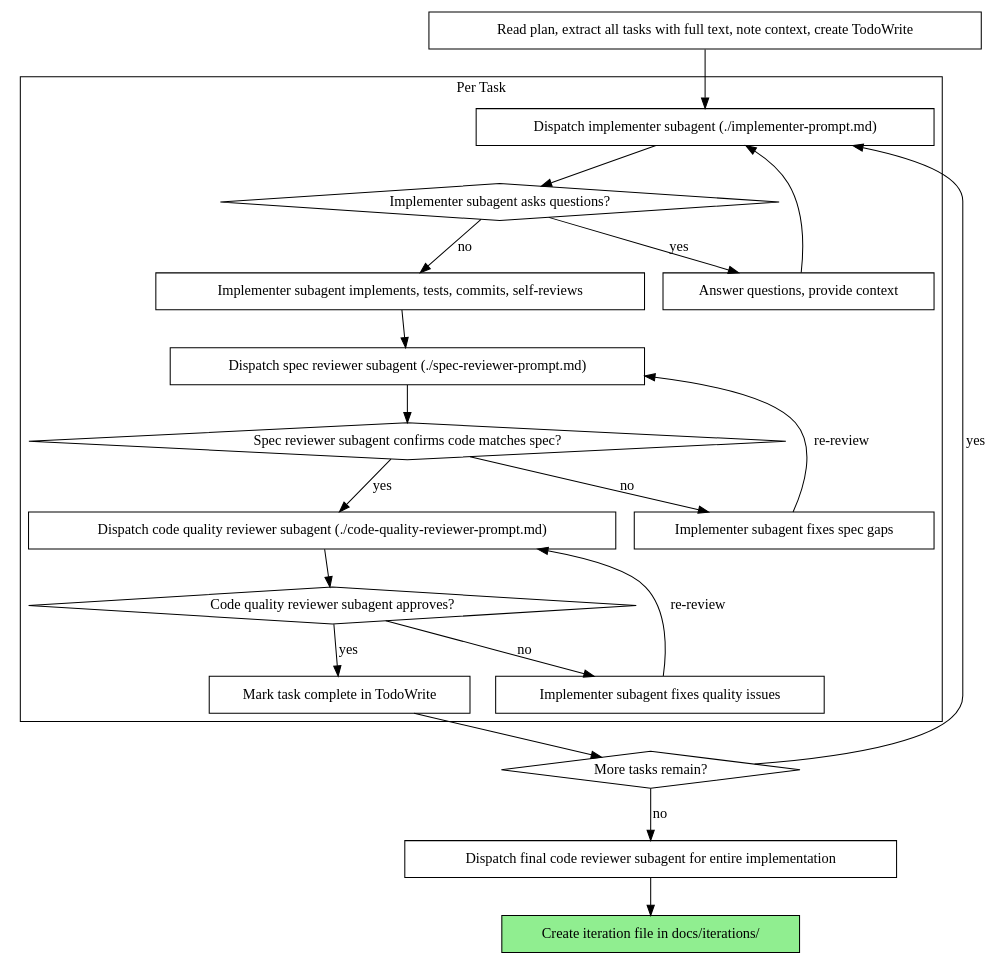
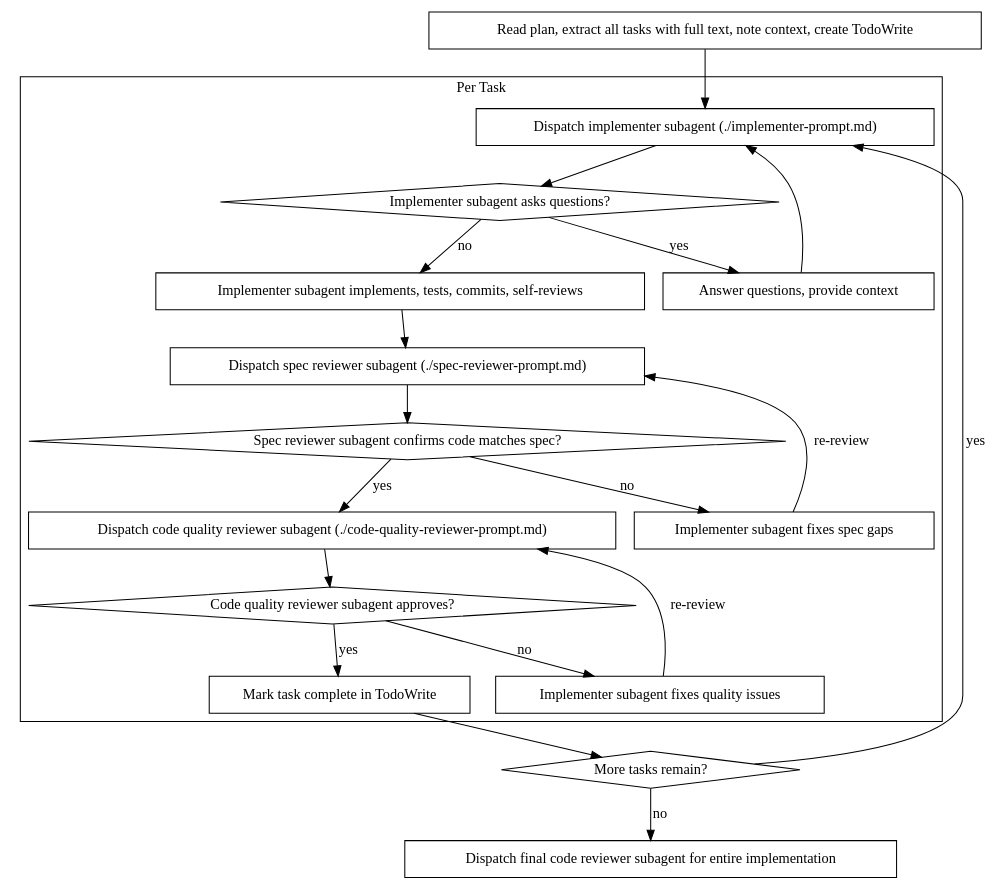
One commit to yuritur/haven changed the diagram in .claude/skills/subagent-driven-development/SKILL.md. Above: the diagram before and after it, drawn with Graphviz. The commit also changed other lines of this file and 12 other files, not shown here.

````diff
--- a/.claude/skills/subagent-driven-development/SKILL.md
+++ b/.claude/skills/subagent-driven-development/SKILL.md
@@ -29,44 +29,42 @@
 ```dot
 digraph process {
     rankdir=TB;
 
     subgraph cluster_per_task {
         label="Per Task";
         "Dispatch implementer subagent (./implementer-prompt.md)" [shape=box];
         "Implementer subagent asks questions?" [shape=diamond];
         "Answer questions, provide context" [shape=box];
         "Implementer subagent implements, tests, commits, self-reviews" [shape=box];
         "Dispatch spec reviewer subagent (./spec-reviewer-prompt.md)" [shape=box];
         "Spec reviewer subagent confirms code matches spec?" [shape=diamond];
         "Implementer subagent fixes spec gaps" [shape=box];
         "Dispatch code quality reviewer subagent (./code-quality-reviewer-prompt.md)" [shape=box];
         "Code quality reviewer subagent approves?" [shape=diamond];
         "Implementer subagent fixes quality issues" [shape=box];
         "Mark task complete in TodoWrite" [shape=box];
     }
 
     "Read plan, extract all tasks with full text, note context, create TodoWrite" [shape=box];
     "More tasks remain?" [shape=diamond];
     "Dispatch final code reviewer subagent for entire implementation" [shape=box];
-    "Create iteration file in docs/iterations/" [shape=box style=filled fillcolor=lightgreen];
 
     "Read plan, extract all tasks with full text, note context, create TodoWrite" -> "Dispatch implementer subagent (./implementer-prompt.md)";
     "Dispatch implementer subagent (./implementer-prompt.md)" -> "Implementer subagent asks questions?";
     "Implementer subagent asks questions?" -> "Answer questions, provide context" [label="yes"];
     "Answer questions, provide context" -> "Dispatch implementer subagent (./implementer-prompt.md)";
     "Implementer subagent asks questions?" -> "Implementer subagent implements, tests, commits, self-reviews" [label="no"];
     "Implementer subagent implements, tests, commits, self-reviews" -> "Dispatch spec reviewer subagent (./spec-reviewer-prompt.md)";
     "Dispatch spec reviewer subagent (./spec-reviewer-prompt.md)" -> "Spec reviewer subagent confirms code matches spec?";
     "Spec reviewer subagent confirms code matches spec?" -> "Implementer subagent fixes spec gaps" [label="no"];
     "Implementer subagent fixes spec gaps" -> "Dispatch spec reviewer subagent (./spec-reviewer-prompt.md)" [label="re-review"];
     "Spec reviewer subagent confirms code matches spec?" -> "Dispatch code quality reviewer subagent (./code-quality-reviewer-prompt.md)" [label="yes"];
     "Dispatch code quality reviewer subagent (./code-quality-reviewer-prompt.md)" -> "Code quality reviewer subagent approves?";
     "Code quality reviewer subagent approves?" -> "Implementer subagent fixes quality issues" [label="no"];
     "Implementer subagent fixes quality issues" -> "Dispatch code quality reviewer subagent (./code-quality-reviewer-prompt.md)" [label="re-review"];
     "Code quality reviewer subagent approves?" -> "Mark task complete in TodoWrite" [label="yes"];
     "Mark task complete in TodoWrite" -> "More tasks remain?";
     "More tasks remain?" -> "Dispatch implementer subagent (./implementer-prompt.md)" [label="yes"];
     "More tasks remain?" -> "Dispatch final code reviewer subagent for entire implementation" [label="no"];
-    "Dispatch final code reviewer subagent for entire implementation" -> "Create iteration file in docs/iterations/";
 }
 ```
````
